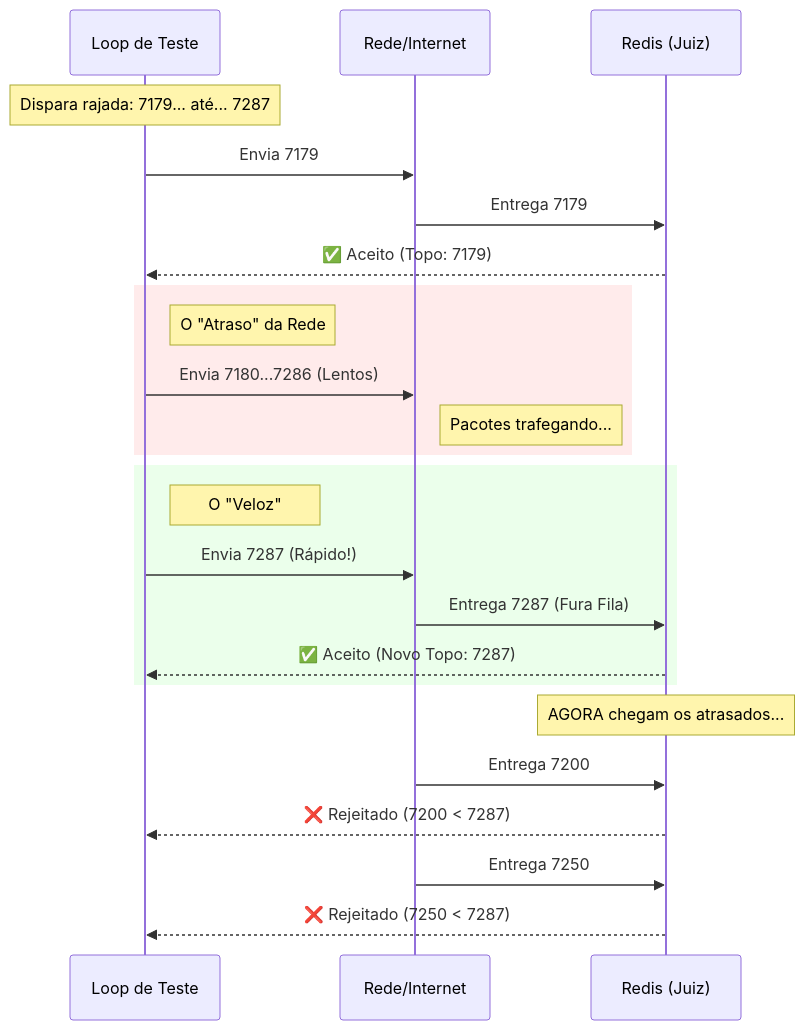
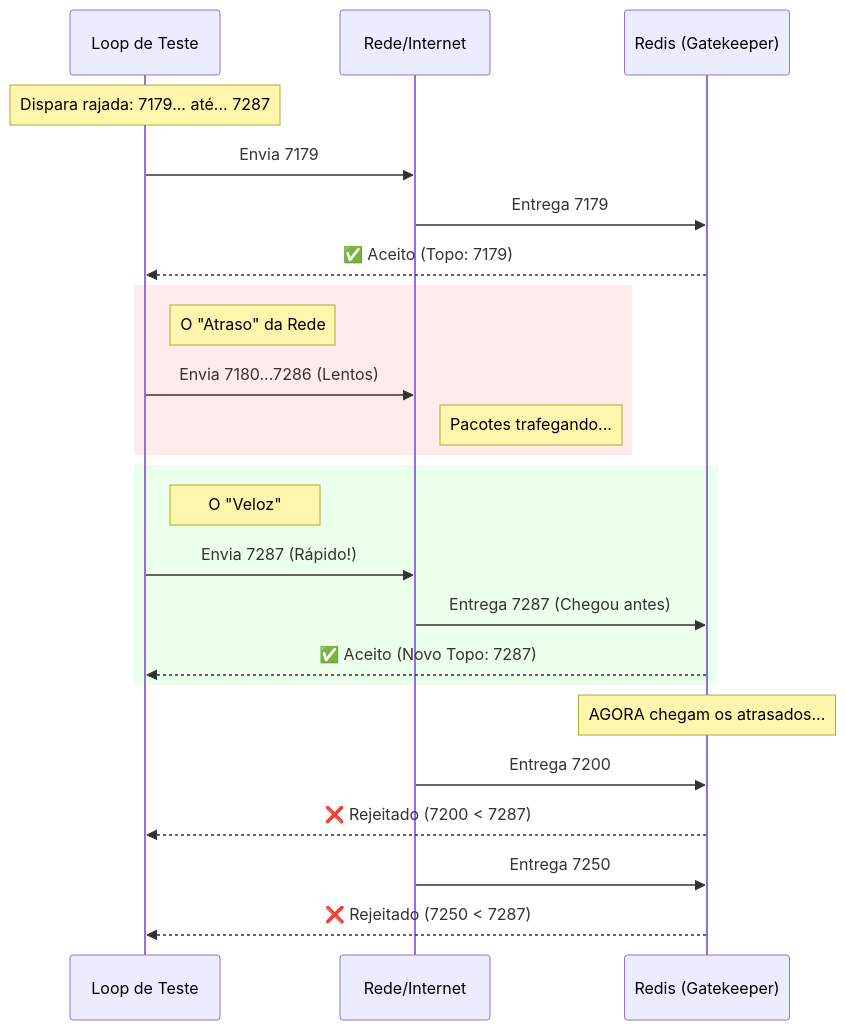
The first of 2 diagrams in README.md (leticiatakenaka/LeilaoTempoReal), drawn with Mermaid before and after one commit.

````diff
--- a/README.md
+++ b/README.md
@@ -24,33 +24,33 @@
 ```mermaid
 sequenceDiagram
     participant User as Loop de Teste
     participant Network as Rede/Internet
-    participant Redis as Redis (Juiz)
+    participant Redis as Redis (Gatekeeper)
 
     Note over User: Dispara rajada: 7179... até... 7287
 
     User->>Network: Envia 7179
     Network->>Redis: Entrega 7179
     Redis-->>User: ✅ Aceito (Topo: 7179)
 
     rect rgb(255, 235, 235)
         Note right of User: O "Atraso" da Rede
         User->>Network: Envia 7180...7286 (Lentos)
         Note right of Network: Pacotes trafegando...
     end
 
     rect rgb(235, 255, 235)
         Note right of User: O "Veloz"
         User->>Network: Envia 7287 (Rápido!)
-        Network->>Redis: Entrega 7287 (Fura Fila)
+        Network->>Redis: Entrega 7287 (Chegou antes)
         Redis-->>User: ✅ Aceito (Novo Topo: 7287)
     end
 
     Note over Redis: AGORA chegam os atrasados...
 
     Network->>Redis: Entrega 7200
     Redis-->>User: ❌ Rejeitado (7200 < 7287)
 
     Network->>Redis: Entrega 7250
     Redis-->>User: ❌ Rejeitado (7250 < 7287)
 ```
````
